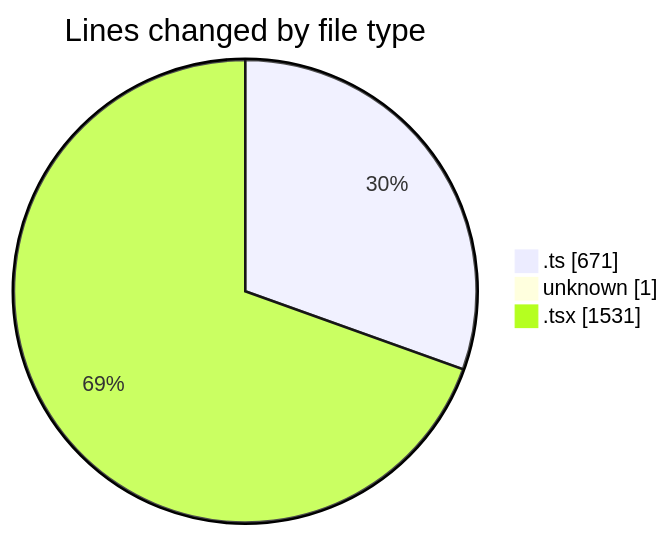
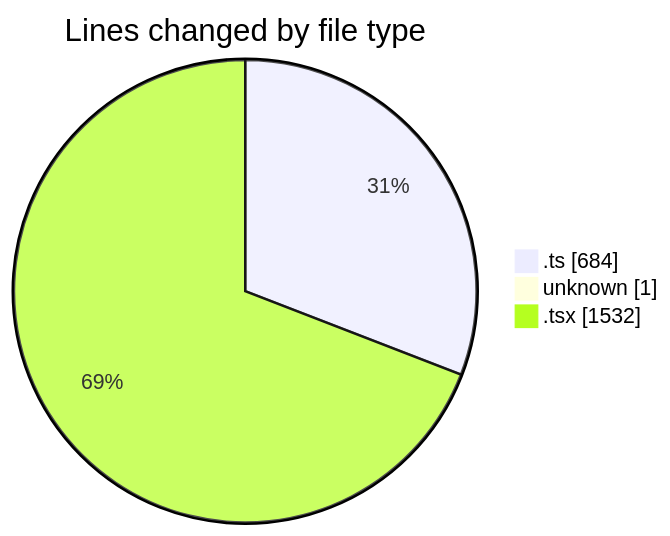
Before and after one commit to robertbonfada/code-tracking: the first of 2 diagrams in 2025-02-17/mbc-web/README.md, drawn with Mermaid. The commit also changed other lines of this file and 1 other file, not shown here.

````diff
--- a/2025-02-17/mbc-web/README.md
+++ b/2025-02-17/mbc-web/README.md
@@ -32,7 +32,7 @@
 ```mermaid
 pie showData
 title Lines changed by file type
-".ts" : 671
+".ts" : 684
 "unknown" : 1
-".tsx" : 1531
+".tsx" : 1532
 ```
````
